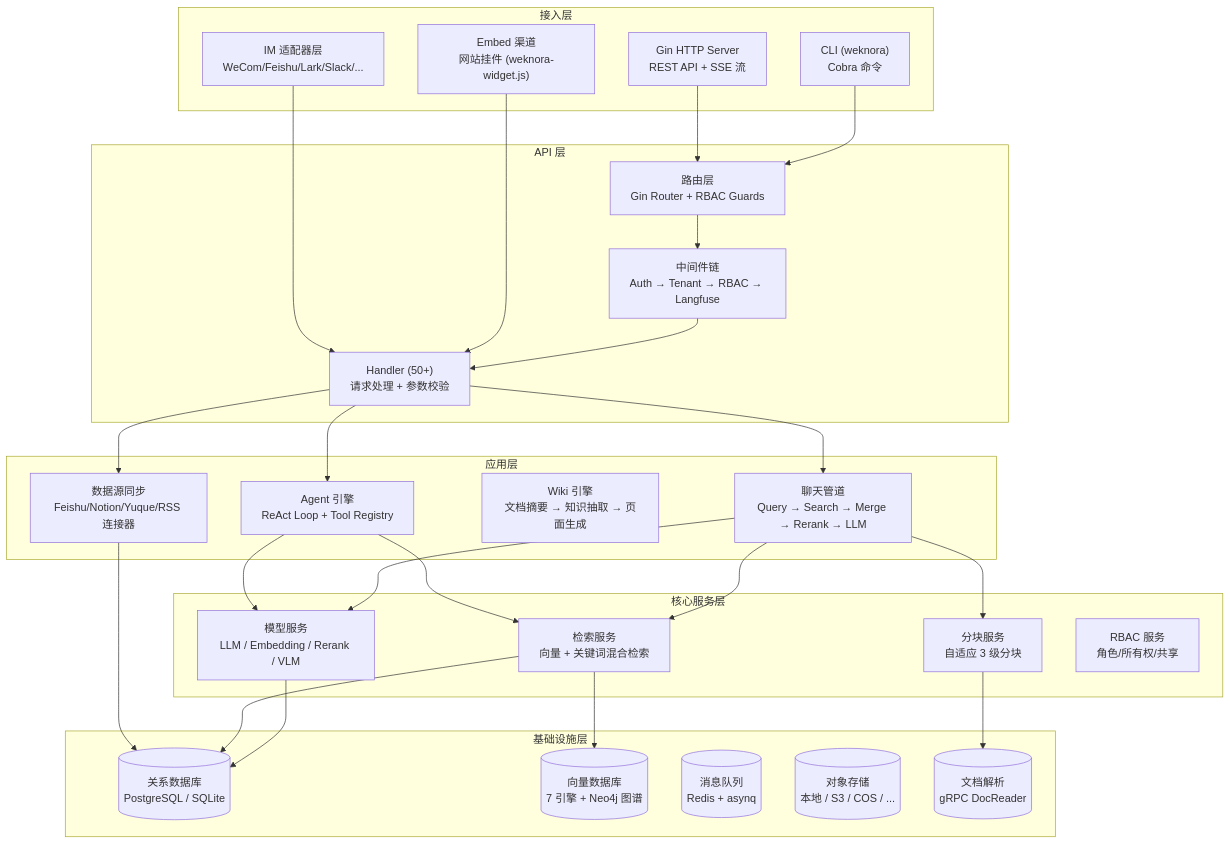
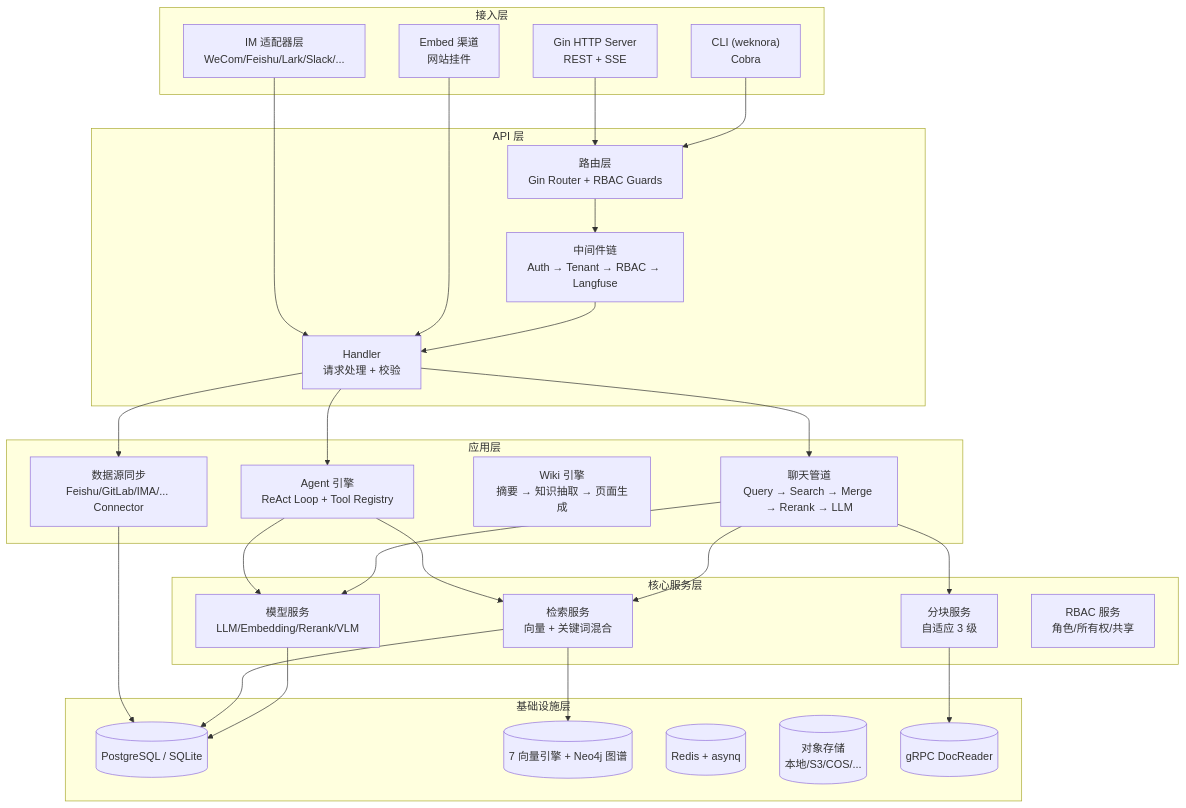
The diagram in ai-agent/weknora/README.md (morehao/oss-insights), drawn with Mermaid before and after one commit. The commit also changed other lines of this file and 25 other files, not shown here.

Commit message:
docs(ai-agent): restructure fastgpt docs and expand weknora docs (#15)

````diff
--- a/ai-agent/weknora/README.md
+++ b/ai-agent/weknora/README.md
@@ -70,57 +56,57 @@
 ```mermaid
 graph TB
     subgraph "接入层"
-        HTTP["Gin HTTP Server<br/>REST API + SSE 流"]
-        IM["IM 适配器层<br/>WeCom/Feishu/Lark/Slack/..."]
-        Embed["Embed 渠道<br/>网站挂件 (weknora-widget.js)"]
-        CLI["CLI (weknora)<br/>Cobra 命令"]
+        HTTP["Gin HTTP Server<br>REST + SSE"]
+        IM["IM 适配器层<br>WeCom/Feishu/Lark/Slack/..."]
+        Embed["Embed 渠道<br>网站挂件"]
+        CLI["CLI (weknora)<br>Cobra"]
     end
 
     subgraph "API 层"
-        Router["路由层<br/>Gin Router + RBAC Guards"]
-        Middleware["中间件链<br/>Auth → Tenant → RBAC → Langfuse"]
-        Handler["Handler (50+)<br/>请求处理 + 参数校验"]
+        Router["路由层<br>Gin Router + RBAC Guards"]
+        Middleware["中间件链<br>Auth → Tenant → RBAC → Langfuse"]
+        Handler["Handler<br>请求处理 + 校验"]
     end
 
     subgraph "应用层"
-        Agent["Agent 引擎<br/>ReAct Loop + Tool Registry"]
-        Pipeline["聊天管道<br/>Query → Search → Merge → Rerank → LLM"]
-        Wiki["Wiki 引擎<br/>文档摘要 → 知识抽取 → 页面生成"]
-        DataSource["数据源同步<br/>Feishu/Notion/Yuque/RSS 连接器"]
+        Agent["Agent 引擎<br>ReAct Loop + Tool Registry"]
+        Pipeline["聊天管道<br>Query → Search → Merge → Rerank → LLM"]
+        Wiki["Wiki 引擎<br>摘要 → 知识抽取 → 页面生成"]
+        DST["数据源同步<br>Feishu/GitLab/IMA/... Connector"]
     end
 
     subgraph "核心服务层"
-        LLM["模型服务<br/>LLM / Embedding / Rerank / VLM"]
-        Search["检索服务<br/>向量 + 关键词混合检索"]
-        Chunker["分块服务<br/>自适应 3 级分块"]
-        RBAC["RBAC 服务<br/>角色/所有权/共享"]
+        LLM["模型服务<br>LLM/Embedding/Rerank/VLM"]
+        Search["检索服务<br>向量 + 关键词混合"]
+        Chunker["分块服务<br>自适应 3 级"]
+        RBAC["RBAC 服务<br>角色/所有权/共享"]
     end
 
     subgraph "基础设施层"
-        DB[("关系数据库<br/>PostgreSQL / SQLite")]
-        VDB[("向量数据库<br/>7 引擎 + Neo4j 图谱")]
-        MQ[("消息队列<br/>Redis + asynq")]
-        Storage[("对象存储<br/>本地 / S3 / COS / ...")]
-        DocReader[("文档解析<br/>gRPC DocReader")]
+        DB[("PostgreSQL / SQLite")]
+        VDB[("7 向量引擎 + Neo4j 图谱")]
+        MQ[("Redis + asynq")]
+        STORE[("对象存储<br>本地/S3/COS/...")]
+        DR[("gRPC DocReader")]
     end
 
     HTTP --> Router
     IM --> Handler
     Embed --> Handler
     CLI --> Router
     Router --> Middleware
     Middleware --> Handler
     Handler --> Agent
     Handler --> Pipeline
-    Handler --> DataSource
+    Handler --> DST
     Agent --> LLM
     Agent --> Search
     Pipeline --> Chunker
     Pipeline --> Search
     Pipeline --> LLM
-    DataSource --> DB
+    DST --> DB
     Search --> VDB
     Search --> DB
-    Chunker --> DocReader
+    Chunker --> DR
     LLM --> DB
 ```
````
